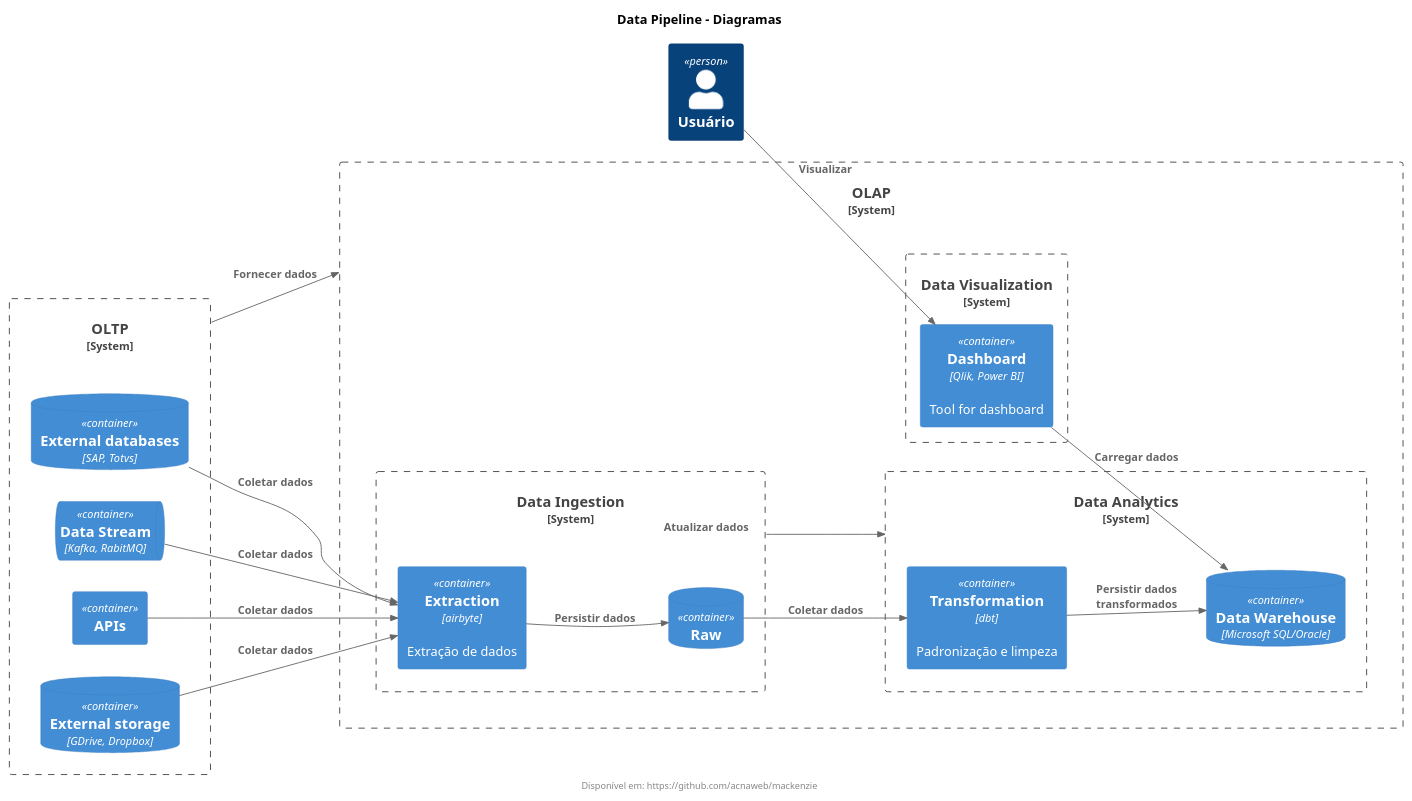
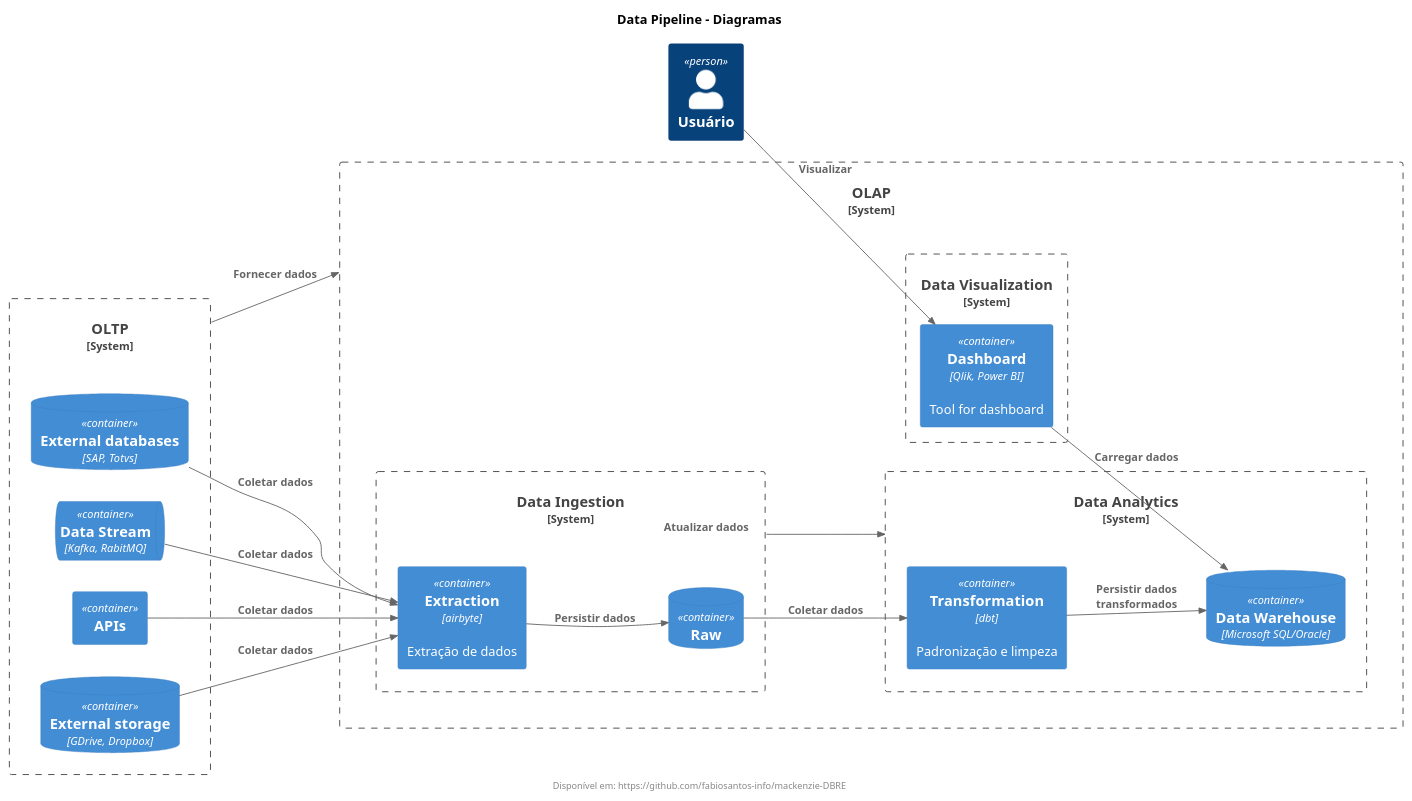
Before and after one commit to acnaweb/mackenzie: the diagram in diagrams/data_pipeline.wsd, drawn with PlantUML.

Commit message:
plantuml

```diff
--- a/diagrams/data_pipeline.wsd
+++ b/diagrams/data_pipeline.wsd
@@ -1,50 +1,50 @@
 @startuml data_pipeline
 !include https://raw.githubusercontent.com/plantuml-stdlib/C4-PlantUML/master/C4_Container.puml
 title Data Pipeline - Diagramas
-footer Disponível em: https://github.com/acnaweb/mackenzie
+footer Disponível em: https://github.com/fabiosantos-info/mackenzie-DBRE
 LAYOUT_LEFT_RIGHT()
 
 Person(user, "Usuário")
 
 System_Boundary(olap, "OLAP") {
 
     System_Boundary(dataviz, "Data Visualization") {
         Container(dash, "Dashboard", "Qlik, Power BI", "Tool for dashboard")
     }
 
     System_Boundary(analytics, "Data Analytics") {
         ContainerDb(dw, "Data Warehouse", "Microsoft SQL/Oracle")
         Container(transformation, "Transformation", "dbt", "Padronização e limpeza")
     }
 
     System_Boundary(ingestion, "Data Ingestion") {
         ContainerDb(raw, "Raw")
         Container(extraction, "Extraction", "airbyte", "Extração de dados")
     }
 }
 
 System_Boundary(oltp, "OLTP") {
     ContainerDb(external_db, "External databases", "SAP, Totvs")
     ContainerQueue(external_queue, "Data Stream", "Kafka, RabitMQ")
     Container(external_api, "APIs")
     ContainerDb(external_storage, "External storage", "GDrive, Dropbox")
 }
 
 Rel(external_db, extraction, "Coletar dados")
 Rel(external_queue, extraction, "Coletar dados")
 Rel(external_api, extraction, "Coletar dados")
 Rel(external_storage, extraction, "Coletar dados")
 Rel(extraction, raw, "Persistir dados")
 
 Rel(oltp, olap, "Fornecer dados")
 Rel(ingestion, analytics, "Atualizar dados")
 
 Rel(user, dash, "Visualizar")
 Rel(dash, dw, "Carregar dados")
 
 Rel(transformation, dw, "Persistir dados transformados")
 Rel(raw, transformation, "Coletar dados")
 
 
 
 @enduml
```
